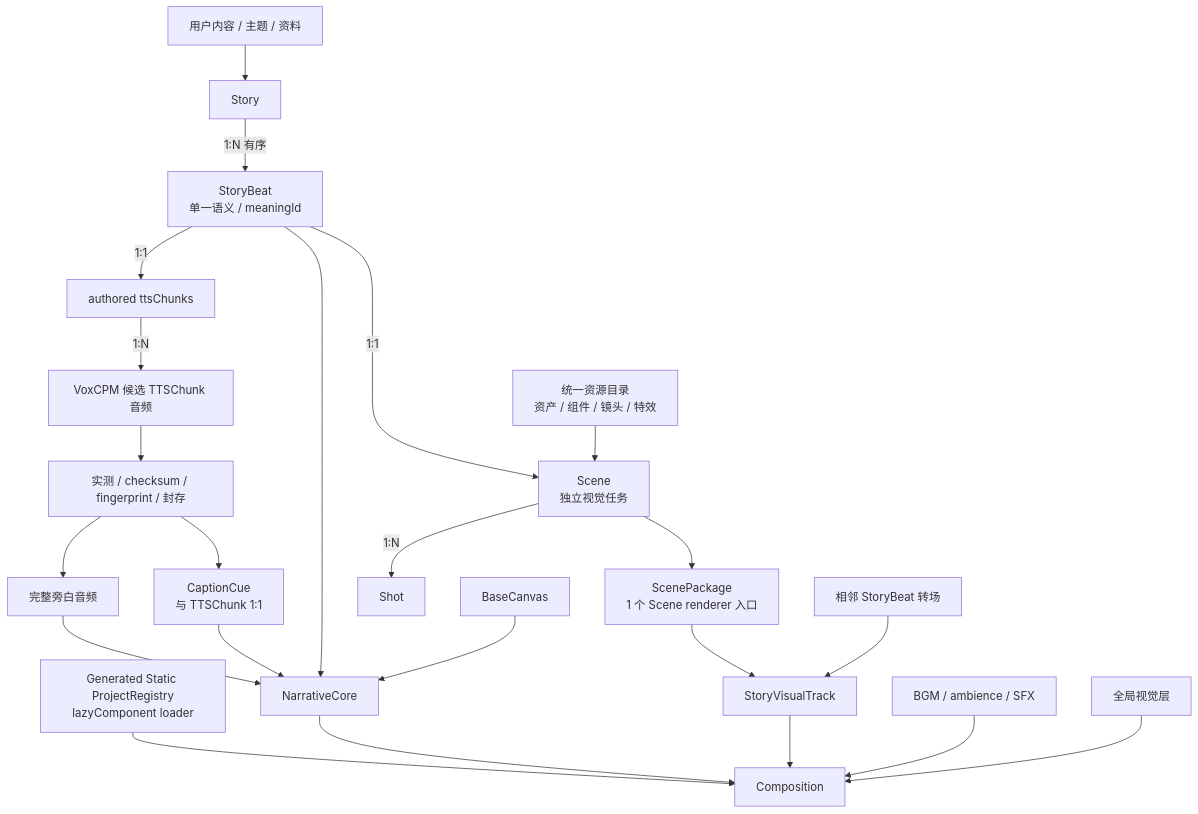
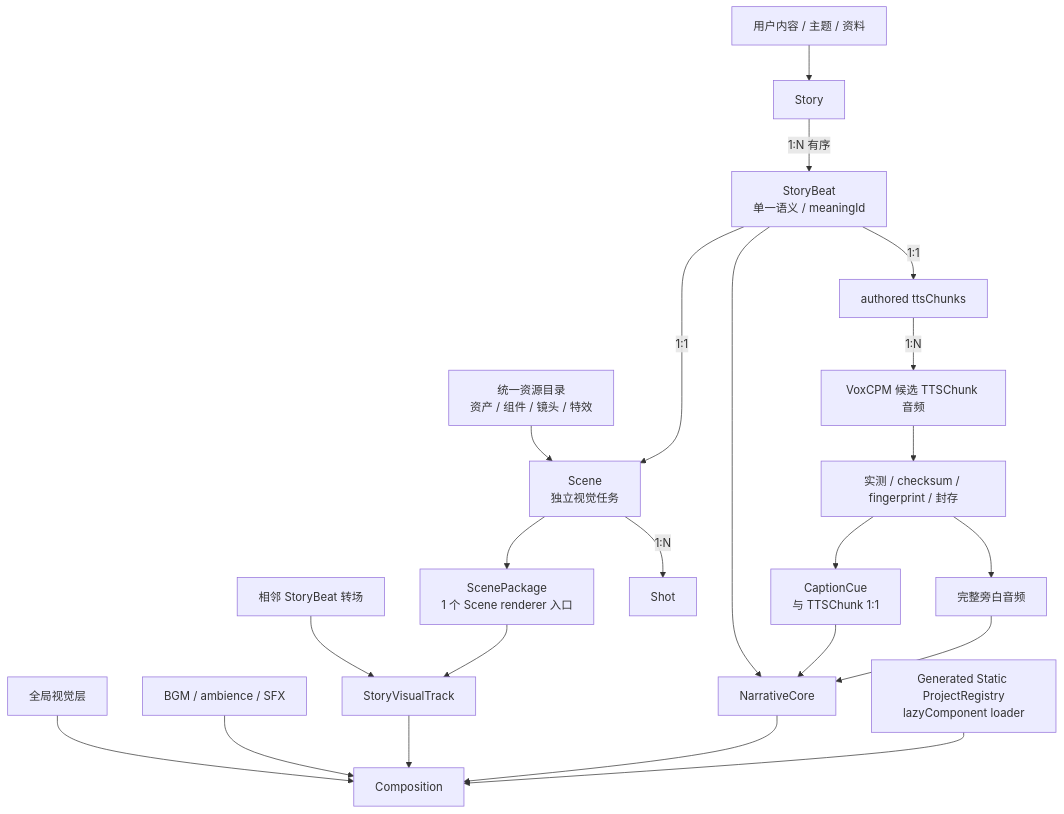
The diagram in docs/FINAL_PRODUCT_GOAL.md (AXMORF/axmorf-studio), drawn with Mermaid before and after one commit. The commit also changed other lines of this file and 9 other files, not shown here.

Commit message:
docs: approve composition model and implementation roadmap

````diff
--- a/docs/FINAL_PRODUCT_GOAL.md
+++ b/docs/FINAL_PRODUCT_GOAL.md
@@ -10,28 +10,27 @@
 ```mermaid
 flowchart TB
     User["用户内容 / 主题 / 资料"] --> Story["Story"]
     Story -->|"1:N 有序"| Beat["StoryBeat<br/>单一语义 / meaningId"]
 
     Beat -->|"1:1"| Chunks["authored ttsChunks"]
     Chunks -->|"1:N"| Generate["VoxCPM 候选 TTSChunk 音频"]
     Generate --> Seal["实测 / checksum / fingerprint / 封存"]
     Seal --> Captions["CaptionCue<br/>与 TTSChunk 1:1"]
     Seal --> Audio["完整旁白音频"]
     Audio --> Core["NarrativeCore"]
     Captions --> Core
     Beat --> Core
-    Base["BaseCanvas"] --> Core
     Registry["Generated Static ProjectRegistry<br/>lazyComponent loader"] --> Composition
 
     Beat -->|"1:1"| Scene["Scene<br/>独立视觉任务"]
     Scene -->|"1:N"| Shot["Shot"]
     Catalog["统一资源目录<br/>资产 / 组件 / 镜头 / 特效"] --> Scene
     Scene --> Package["ScenePackage<br/>1 个 Scene renderer 入口"]
     Package --> Visual["StoryVisualTrack"]
     Transition["相邻 StoryBeat 转场"] --> Visual
 
     Core --> Composition["Composition"]
     Visual --> Composition
     Sound["BGM / ambience / SFX"] --> Composition
     Global["全局视觉层"] --> Composition
 ```
````
